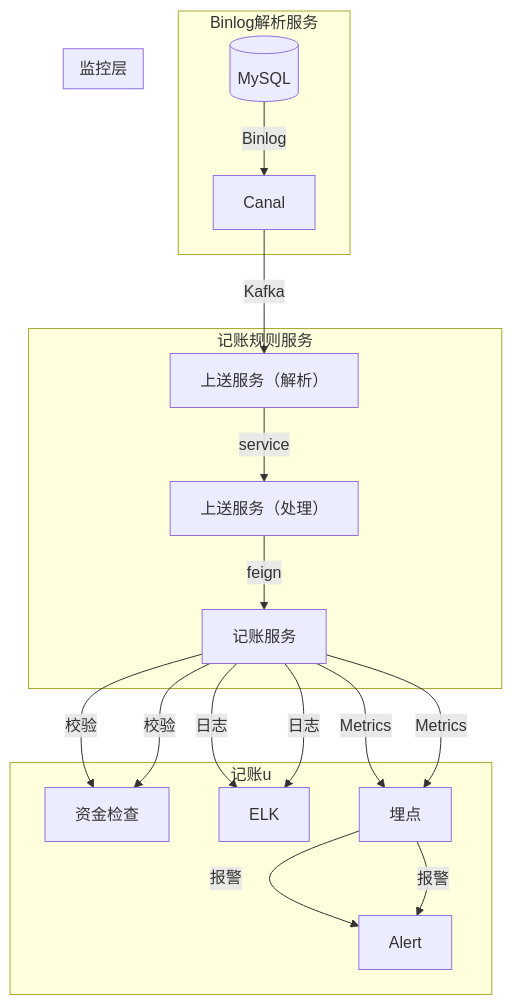
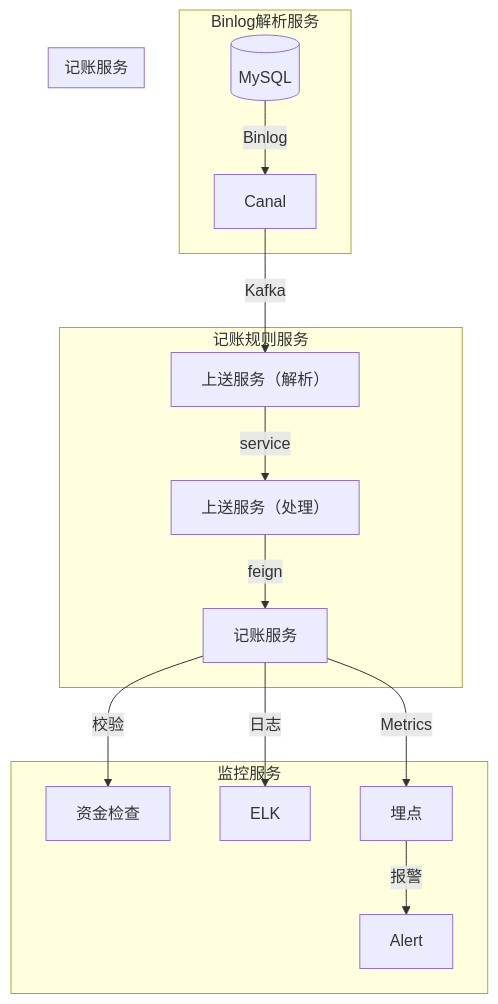
One commit to 87828943/iodraw-files changed the diagram in all/记账架构图.md. Above: the diagram before and after it, drawn with Mermaid.

Commit message:
2025-07-07 14:38:23 update

````diff
--- a/all/记账架构图.md
+++ b/all/记账架构图.md
@@ -1,23 +1,20 @@
 ```mermaid
 graph TB
     subgraph Binlog解析服务
         DB[(MySQL)] -->|Binlog| Canal
     end
     subgraph 记账规则服务
         Canal -->|Kafka| Parser[上送服务（解析）]
         Parser -->|service| Engine[上送服务（处理）]
         Engine -->|feign| Accounting[记账服务]
     end
-    subgraph 记账u
-        Accounting --> |校验| 资金检查
-        Accounting -->|日志| ELK
-        Accounting -->|Metrics| 埋点
-        埋点 -->|报警| Alert
+    subgraph 记账服务
+       
     end
-    subgraph 监控层
+    subgraph 监控服务
         Accounting --> |校验| 资金检查
         Accounting -->|日志| ELK
         Accounting -->|Metrics| 埋点
         埋点 -->|报警| Alert
     end
 ```
````
